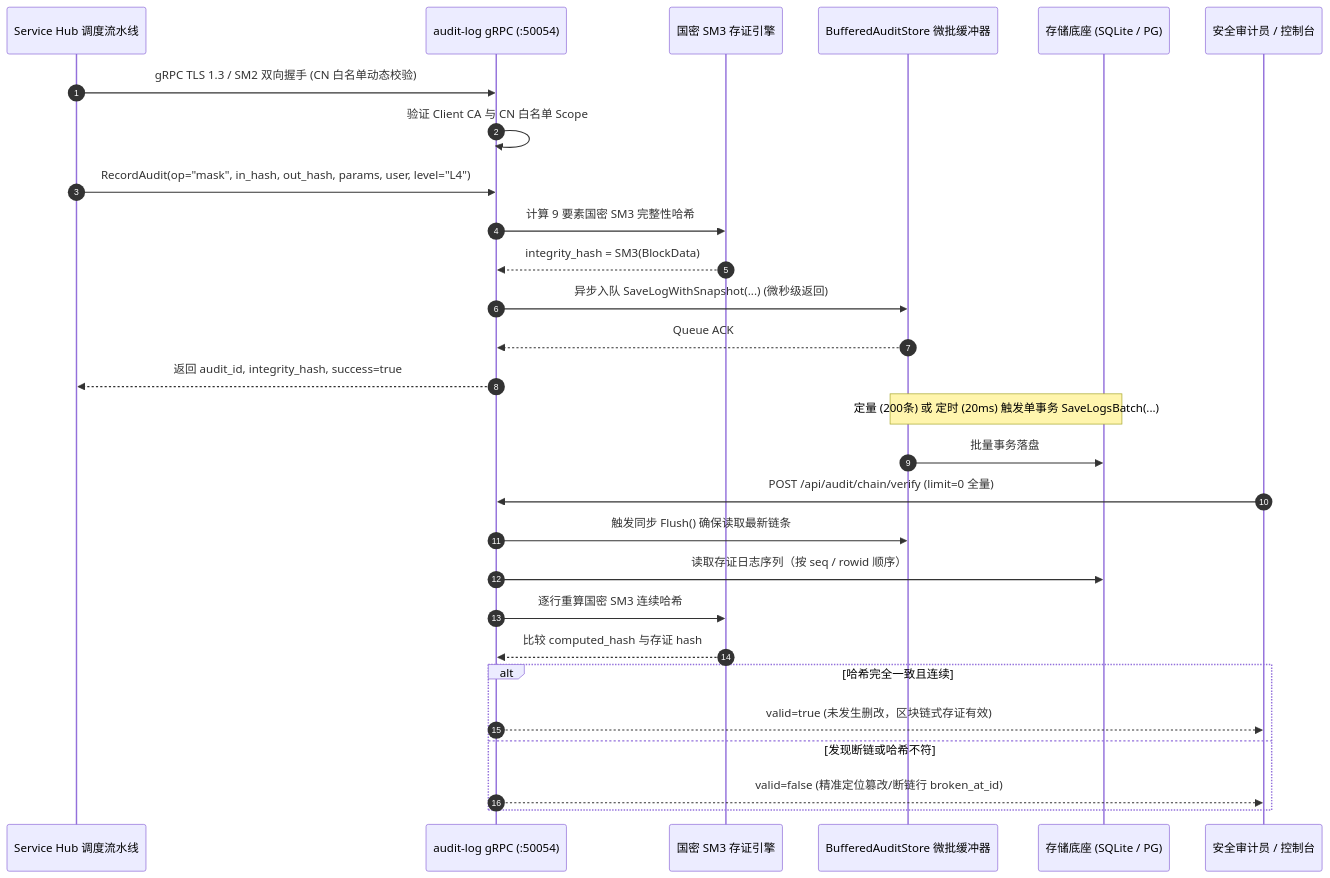
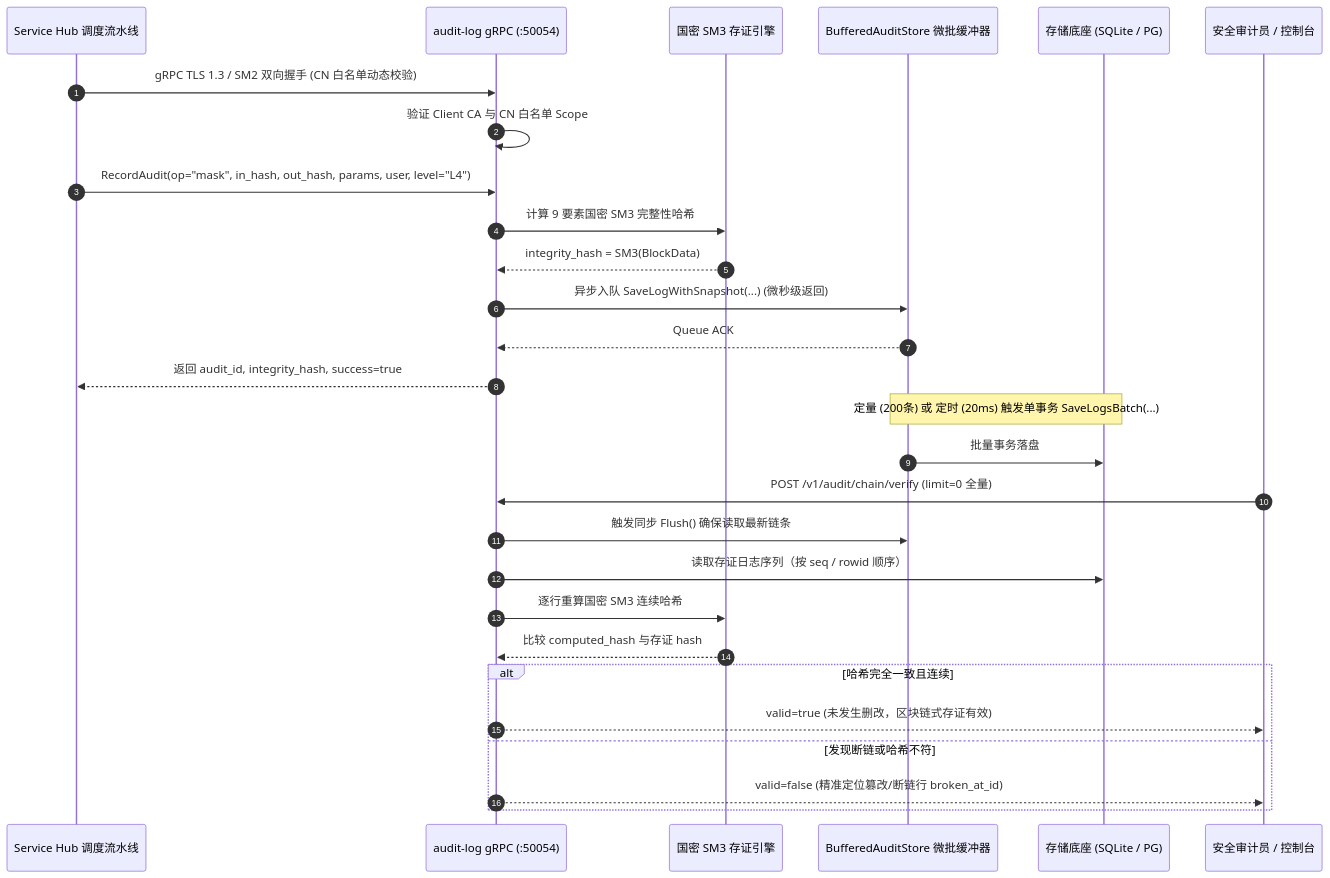
One commit to fengzhizi319/PrivShield-go changed the second of 3 diagrams in services/audit-log/docs/design.md. Above: the diagram before and after it, drawn with Mermaid. The commit also changed other lines of this file and 162 other files, not shown here.

````diff
--- a/services/audit-log/docs/design.md
+++ b/services/audit-log/docs/design.md
@@ -68,33 +68,33 @@
 ```mermaid
 sequenceDiagram
     autonumber
     participant Pipeline as Service Hub 调度流水线
     participant AuditGRPC as audit-log gRPC (:50054)
     participant Engine as 国密 SM3 存证引擎
     participant Flusher as BufferedAuditStore 微批缓冲器
     participant Store as 存储底座 (SQLite / PG)
     participant Auditor as 安全审计员 / 控制台
 
     Pipeline->>AuditGRPC: gRPC TLS 1.3 / SM2 双向握手 (CN 白名单动态校验)
     AuditGRPC->>AuditGRPC: 验证 Client CA 与 CN 白名单 Scope
     Pipeline->>AuditGRPC: RecordAudit(op="mask", in_hash, out_hash, params, user, level="L4")
     AuditGRPC->>Engine: 计算 9 要素国密 SM3 完整性哈希
     Engine-->>AuditGRPC: integrity_hash = SM3(BlockData)
     AuditGRPC->>Flusher: 异步入队 SaveLogWithSnapshot(...) (微秒级返回)
     Flusher-->>AuditGRPC: Queue ACK
     AuditGRPC-->>Pipeline: 返回 audit_id, integrity_hash, success=true
 
     Note over Flusher,Store: 定量 (200条) 或 定时 (20ms) 触发单事务 SaveLogsBatch(...)
     Flusher->>Store: 批量事务落盘
 
-    Auditor->>AuditGRPC: POST /api/audit/chain/verify (limit=0 全量)
+    Auditor->>AuditGRPC: POST /v1/audit/chain/verify (limit=0 全量)
     AuditGRPC->>Flusher: 触发同步 Flush() 确保读取最新链条
     AuditGRPC->>Store: 读取存证日志序列（按 seq / rowid 顺序）
     AuditGRPC->>Engine: 逐行重算国密 SM3 连续哈希
     Engine-->>AuditGRPC: 比较 computed_hash 与存证 hash
     alt 哈希完全一致且连续
         AuditGRPC-->>Auditor: valid=true (未发生删改，区块链式存证有效)
     else 发现断链或哈希不符
         AuditGRPC-->>Auditor: valid=false (精准定位篡改/断链行 broken_at_id)
     end
 ```
````
